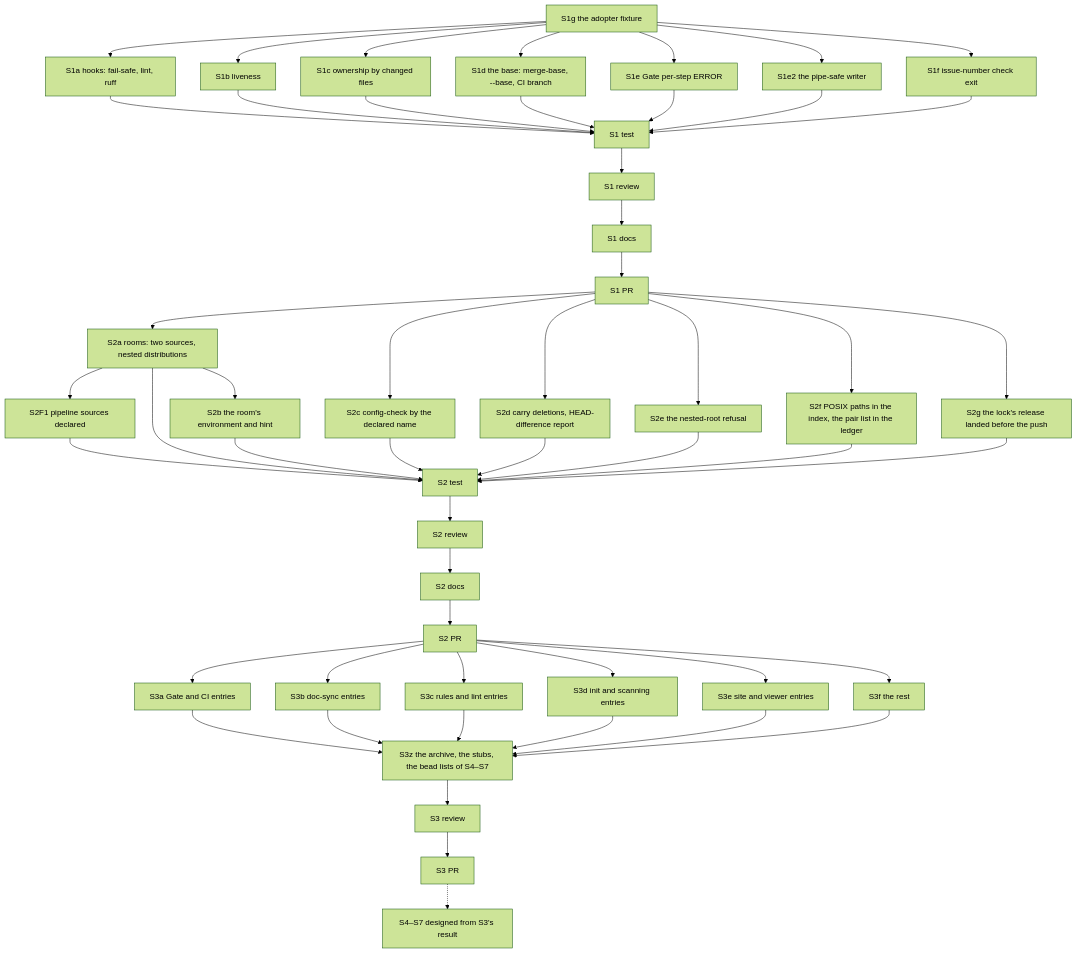
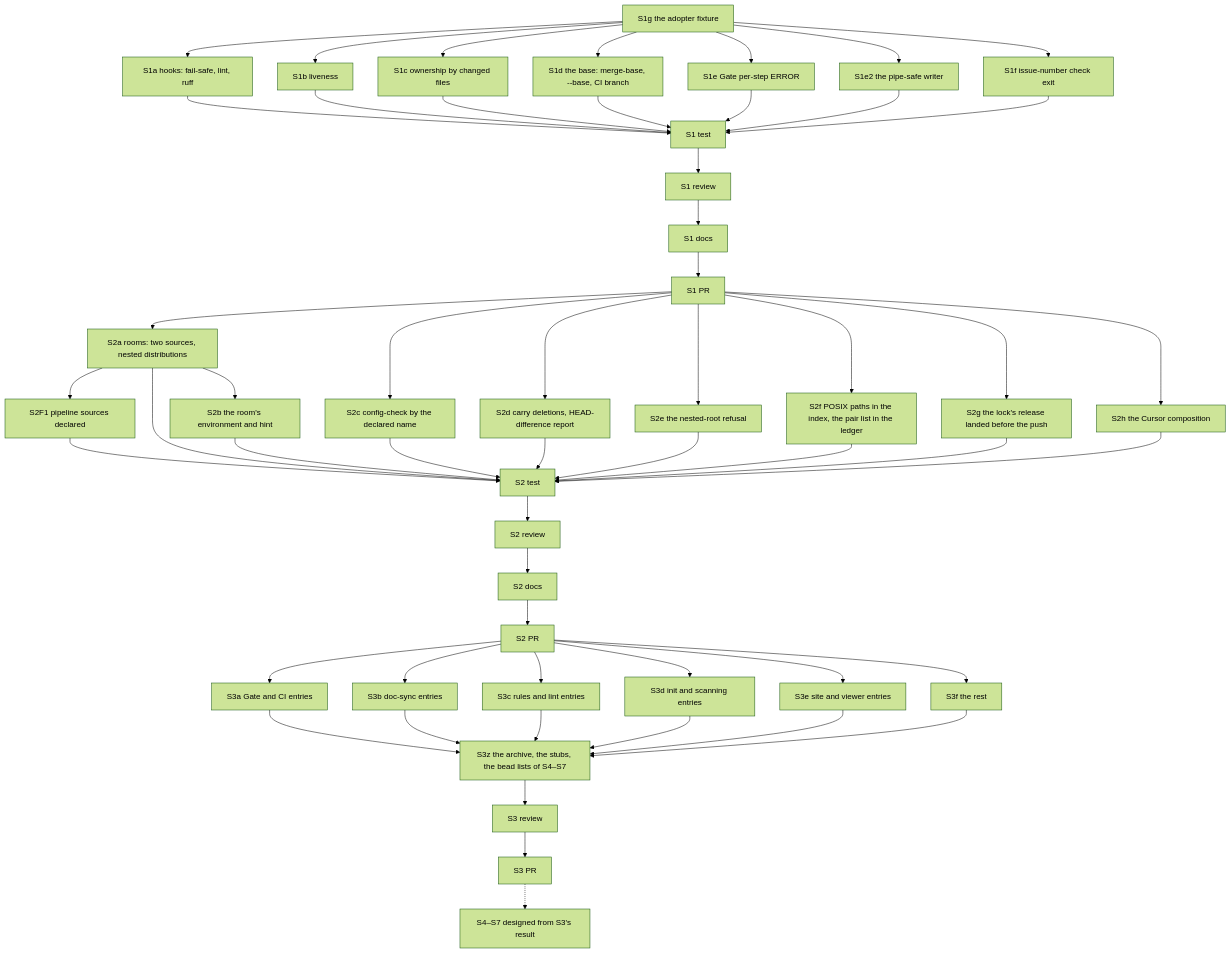
Before and after one commit to zoologov/beadloom: the diagram in .claude/development/docs/features/BDL-083/PLAN.md, drawn with Mermaid (forest theme). The commit also changed other lines of this file and 7 other files, not shown here.

First line of the commit message:
[BDL-083] chore: BDL-UX #356 filed and measured — the second tool runs the composed flow without its core, project layer and commands; taken into the epic as S2h (D13), its gate half held for S3, its three features filed outside

````diff
--- a/.claude/development/docs/features/BDL-083/PLAN.md
+++ b/.claude/development/docs/features/BDL-083/PLAN.md
@@ -17,49 +17,51 @@
 ```mermaid
 graph TD
     S1g[S1g the adopter fixture] --> S1a[S1a hooks: fail-safe, lint, ruff]
     S1g --> S1b[S1b liveness]
     S1g --> S1c[S1c ownership by changed files]
     S1g --> S1d[S1d the base: merge-base, --base, CI branch]
     S1g --> S1e[S1e Gate per-step ERROR]
     S1g --> S1e2[S1e2 the pipe-safe writer]
     S1g --> S1f[S1f issue-number check exit]
     S1a --> S1T[S1 test]
     S1b --> S1T
     S1c --> S1T
     S1d --> S1T
     S1e --> S1T
     S1e2 --> S1T
     S1f --> S1T
     S1T --> S1R[S1 review] --> S1W[S1 docs] --> S1P[S1 PR]
     S1P --> S2a[S2a rooms: two sources, nested distributions]
     S1P --> S2c[S2c config-check by the declared name]
     S1P --> S2d[S2d carry deletions, HEAD-difference report]
     S1P --> S2e[S2e the nested-root refusal]
     S1P --> S2f[S2f POSIX paths in the index, the pair list in the ledger]
     S1P --> S2g[S2g the lock's release landed before the push]
     S2a --> S2b[S2b the room's environment and hint]
     S2a --> S2F1[S2F1 pipeline sources declared]
     S2F1 --> S2T[S2 test]
     S2a --> S2T
     S2b --> S2T
     S2c --> S2T
     S2d --> S2T
     S2e --> S2T
     S2f --> S2T
     S2g --> S2T
+    S1P --> S2h[S2h the Cursor composition]
+    S2h --> S2T
     S2T --> S2R[S2 review] --> S2W[S2 docs] --> S2P[S2 PR]
     S2P --> S3a[S3a Gate and CI entries]
     S2P --> S3b[S3b doc-sync entries]
     S2P --> S3c[S3c rules and lint entries]
     S2P --> S3d[S3d init and scanning entries]
     S2P --> S3e[S3e site and viewer entries]
     S2P --> S3f[S3f the rest]
     S3a --> S3z[S3z the archive, the stubs, the bead lists of S4–S7]
     S3b --> S3z
     S3c --> S3z
     S3d --> S3z
     S3e --> S3z
     S3f --> S3z
     S3z --> S3R[S3 review] --> S3P[S3 PR]
     S3P -.-> S4[S4–S7 designed from S3's result]
 ```
````
